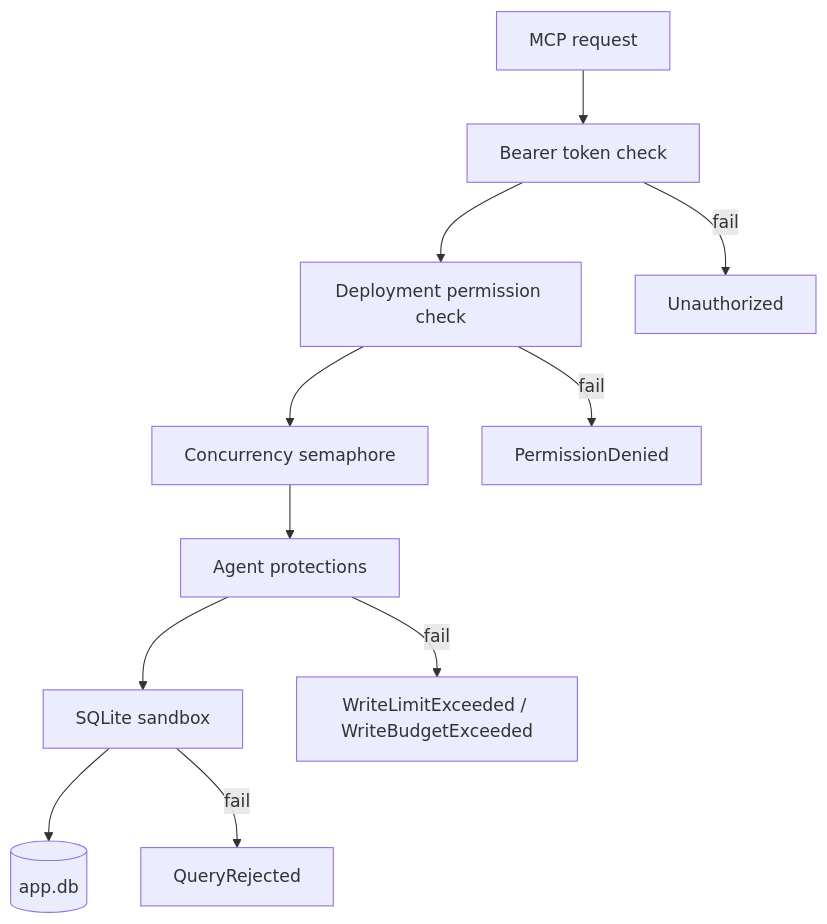
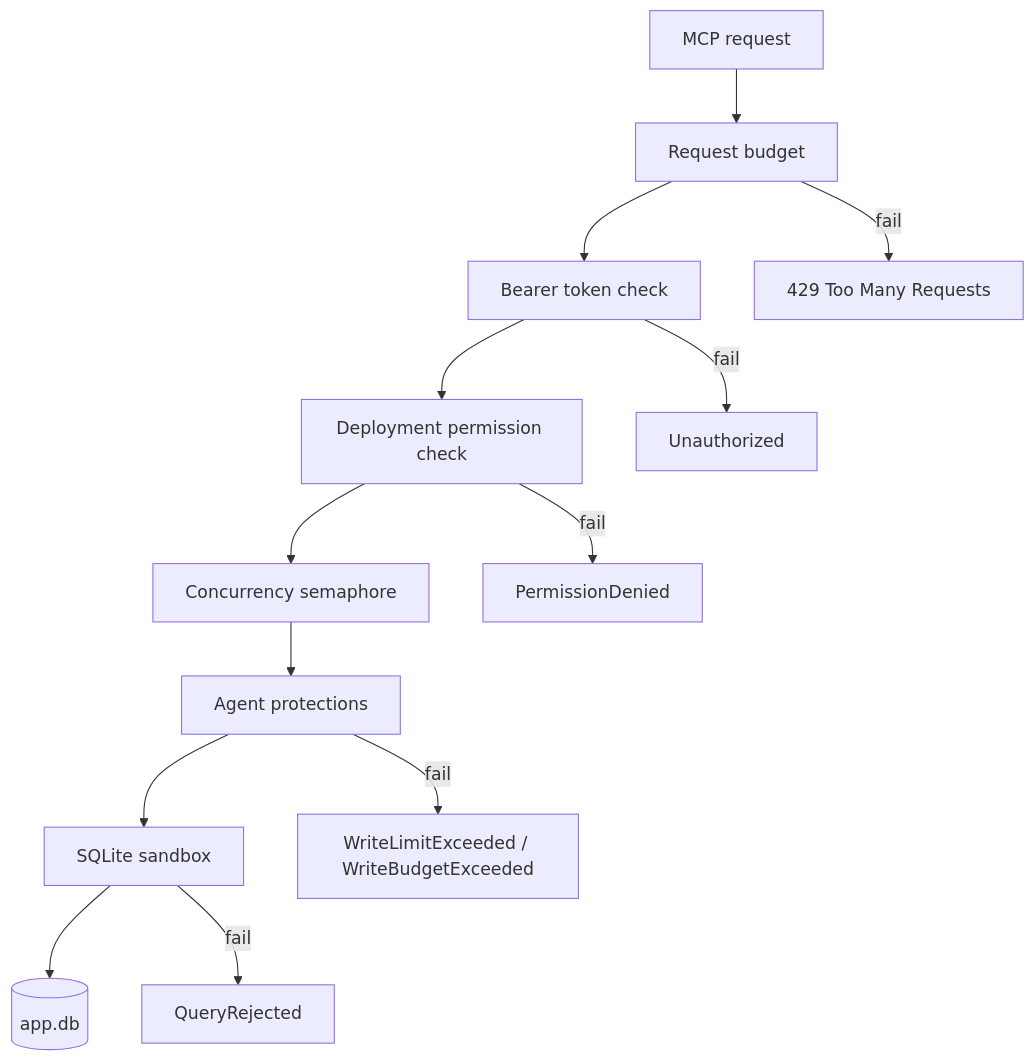
One commit to xakpc/sqlite-mcp-sidecar changed the diagram in .lode/plans/design/security-model.md. Above: the diagram before and after it, drawn with Mermaid. The commit also changed other lines of this file and 52 other files, not shown here.

````diff
--- a/.lode/plans/design/security-model.md
+++ b/.lode/plans/design/security-model.md
@@ -14,14 +16,16 @@
 ```mermaid
 flowchart TD
-    req[MCP request] --> auth[Bearer token check]
+    req[MCP request] --> budget[Request budget]
+    budget --> auth[Bearer token check]
     auth --> perm[Deployment permission check]
     perm --> conc[Concurrency semaphore]
     conc --> agent[Agent protections]
     agent --> sandbox[SQLite sandbox]
     sandbox --> sqlite[(app.db)]
 
+    budget -->|fail| e0[429 Too Many Requests]
     auth -->|fail| e1[Unauthorized]
     perm -->|fail| e2[PermissionDenied]
     agent -->|fail| e3[WriteLimitExceeded / WriteBudgetExceeded]
     sandbox -->|fail| e4[QueryRejected]
 ```
````
